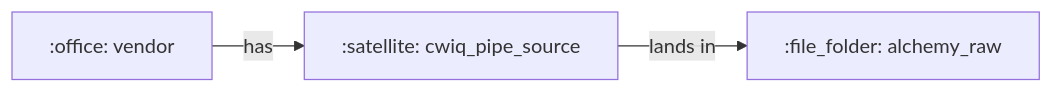
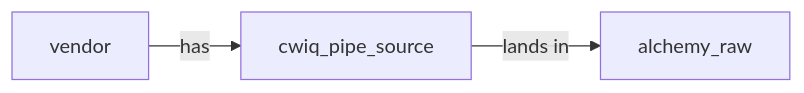
One commit to ThanuMahee12/AgentContext changed the tenth of 22 diagrams in docs/brainstorms/investigation-db.md. Above: the diagram before and after it, drawn with Mermaid. The commit also changed other lines of this file, not shown here.

Commit message:
docs: remove emoji shortcodes from mermaid diagrams

````diff
--- a/docs/brainstorms/investigation-db.md
+++ b/docs/brainstorms/investigation-db.md
@@ -257,5 +257,5 @@
 ```mermaid
 flowchart LR
-    V[":office: vendor"] -->|has| DS[":satellite: cwiq_pipe_source"]
-    DS -->|lands in| R[":file_folder: alchemy_raw"]
+    V["vendor"] -->|has| DS["cwiq_pipe_source"]
+    DS -->|lands in| R["alchemy_raw"]
 ```
````
